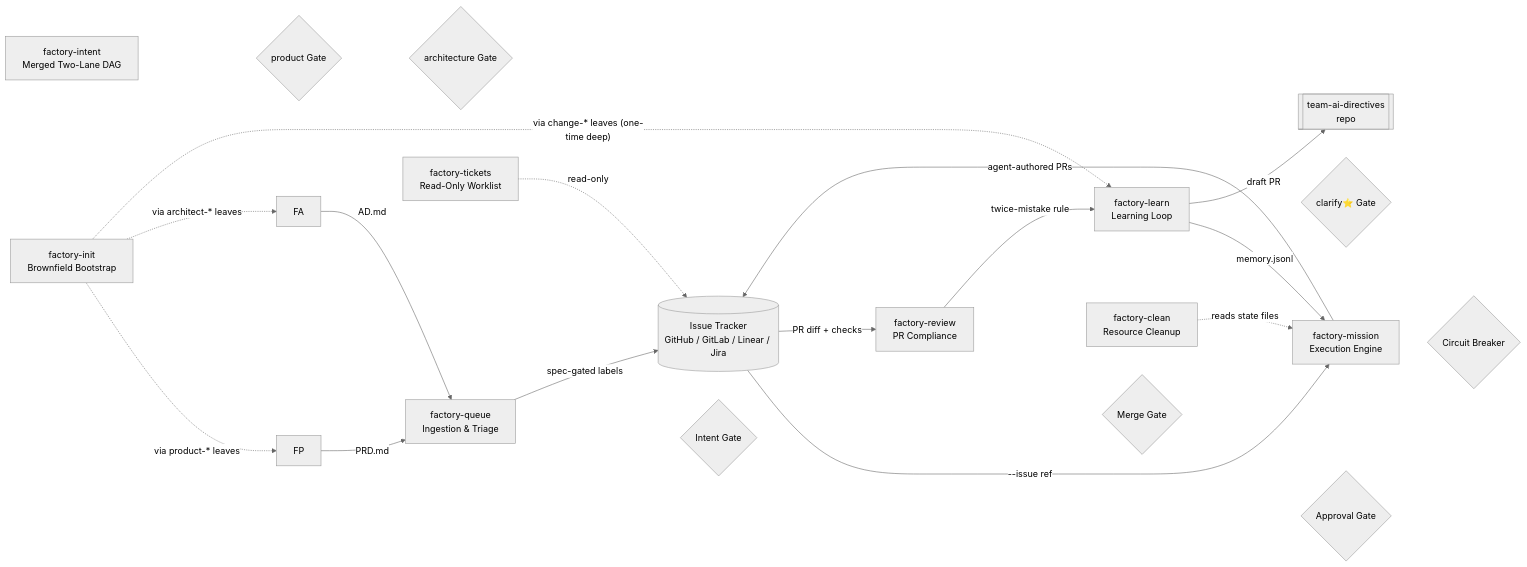
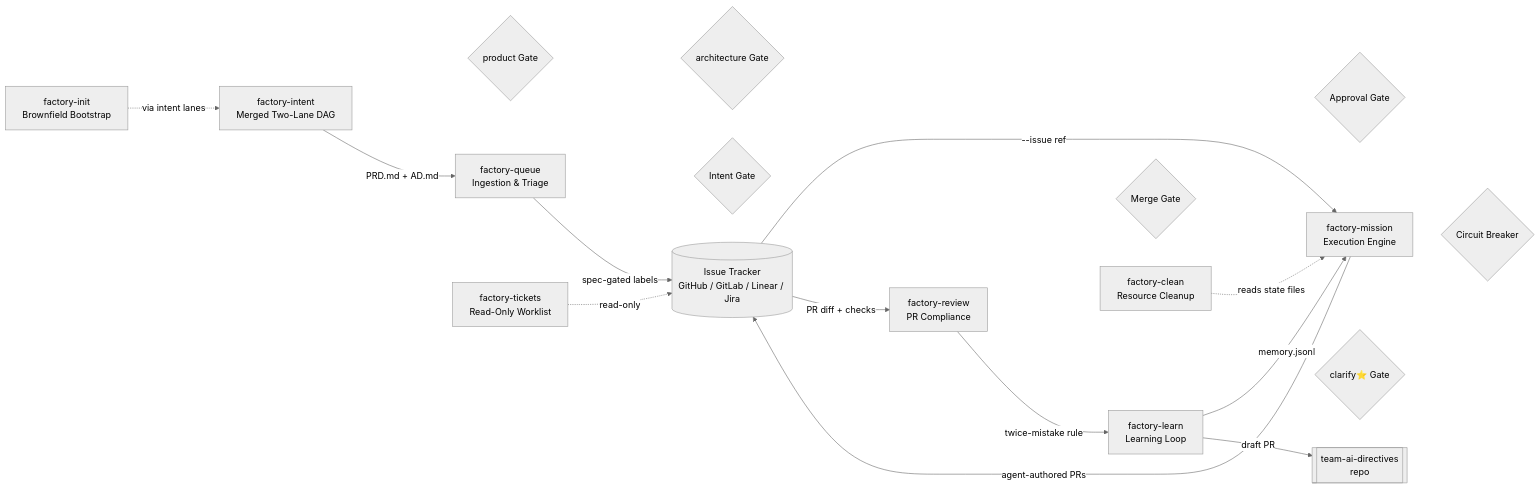
The diagram in README.md (tikalk/adlc-team-skills), drawn with Mermaid (neutral theme) before and after one commit. The commit also changed 1 other file, not shown here.

Commit message:
fix(19): correct missed factory-product refs in eval config and README wiring

````diff
--- a/README.md
+++ b/README.md
@@ -284,29 +284,26 @@
 ```mermaid
 flowchart LR
     FQ["factory-queue<br/>Ingestion & Triage"] ~~~ IG{"Intent Gate"}
     FI2["factory-intent<br/>Merged Two-Lane DAG"] ~~~ CG1{"product Gate"} & CG1 ~~~ CG2{"architecture Gate"}
     FM["factory-mission<br/>Execution Engine"] ~~~ CB{"Circuit Breaker"}
     FR["factory-review<br/>PR Compliance"] ~~~ MG{"Merge Gate"}
     FL["factory-learn<br/>Learning Loop"] ~~~ CG3{"clarify⭐ Gate"}
     FC["factory-clean<br/>Resource Cleanup"] ~~~ UG{"Approval Gate"}
     FT["factory-tickets<br/>Read-Only Worklist"]
     FI["factory-init<br/>Brownfield Bootstrap"]
 
     TR[("Issue Tracker<br/>GitHub / GitLab / Linear / Jira")]
     TD[["team-ai-directives<br/>repo"]]
 
     FQ -->|"spec-gated labels"| TR
     TR -->|"--issue ref"| FM
-    FP -->|"PRD.md"| FQ
-    FA -->|"AD.md"| FQ
+    FI2 -->|"PRD.md + AD.md"| FQ
     FM -->|"agent-authored PRs"| TR
     TR -->|"PR diff + checks"| FR
     FR -->|"twice-mistake rule"| FL
     FL -->|"memory.jsonl"| FM
     FL -->|"draft PR"| TD
     FC -.->|"reads state files"| FM
     FT -.->|"read-only"| TR
-    FI -.->|"via product-* leaves"| FP
-    FI -.->|"via architect-* leaves"| FA
-    FI -.->|"via change-* leaves (one-time deep)"| FL
+    FI -.->|"via intent lanes"| FI2
 ```
````
